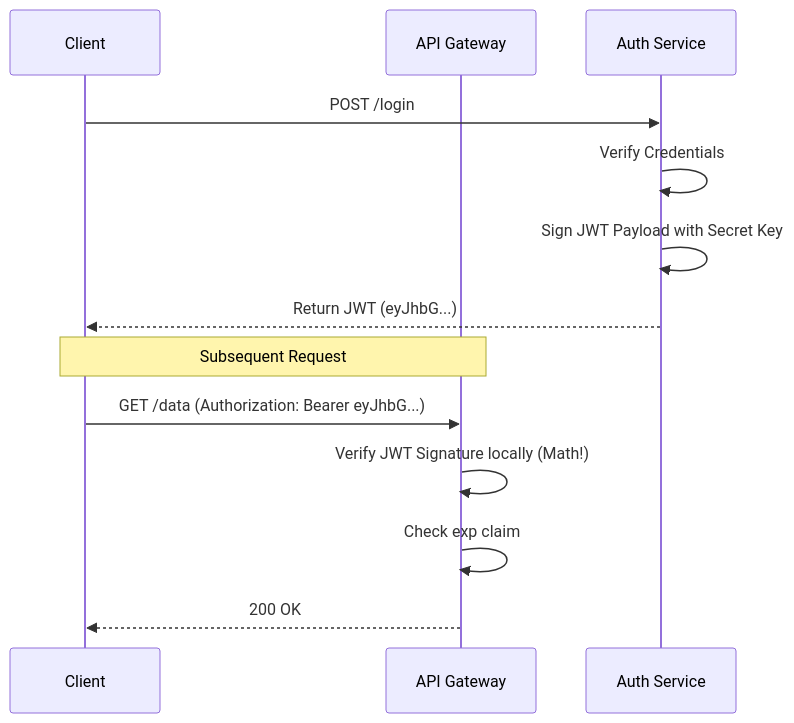
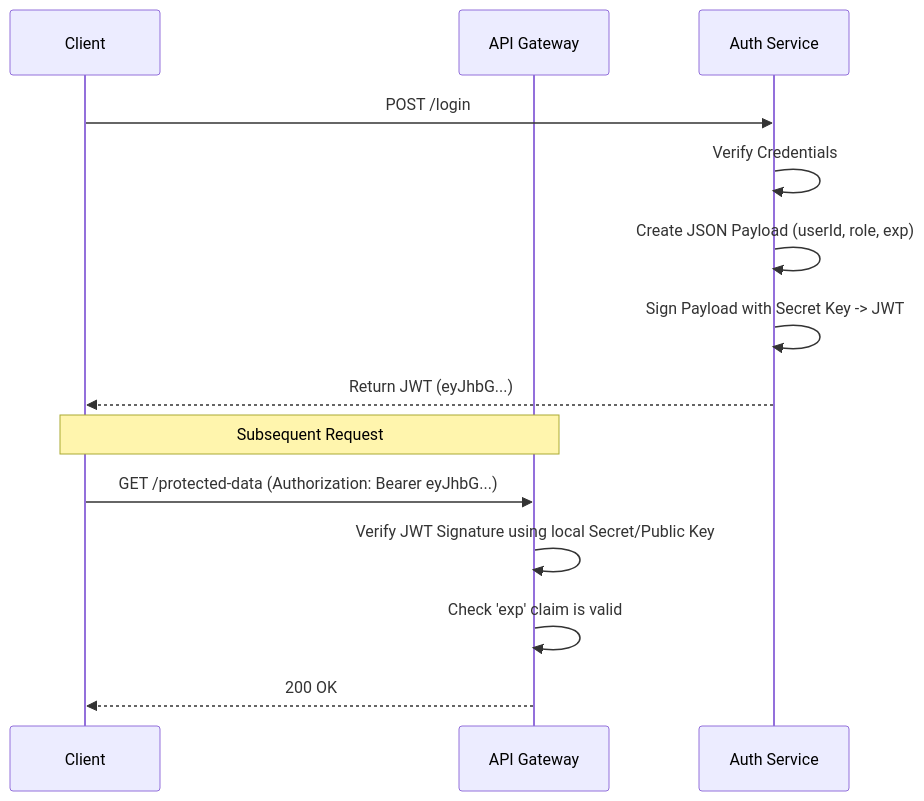
One commit to Enggvault/Full-stack changed the second of 6 diagrams in 09-authentication/notes.md. Above: the diagram before and after it, drawn with Mermaid. The commit also changed other lines of this file and 1 other file, not shown here.

````diff
--- a/09-authentication/notes.md
+++ b/09-authentication/notes.md
@@ -193,17 +231,18 @@
 ```mermaid
 sequenceDiagram
     participant Client
     participant API Gateway
     participant Auth Service
     
     Client->>Auth Service: POST /login
     Auth Service->>Auth Service: Verify Credentials
-    Auth Service->>Auth Service: Sign JWT Payload with Secret Key
+    Auth Service->>Auth Service: Create JSON Payload (userId, role, exp)
+    Auth Service->>Auth Service: Sign Payload with Secret Key -> JWT
     Auth Service-->>Client: Return JWT (eyJhbG...)
     
     Note over Client,API Gateway: Subsequent Request
-    Client->>API Gateway: GET /data (Authorization: Bearer eyJhbG...)
-    API Gateway->>API Gateway: Verify JWT Signature locally (Math!)
-    API Gateway->>API Gateway: Check exp claim
+    Client->>API Gateway: GET /protected-data (Authorization: Bearer eyJhbG...)
+    API Gateway->>API Gateway: Verify JWT Signature using local Secret/Public Key
+    API Gateway->>API Gateway: Check 'exp' claim is valid
     API Gateway-->>Client: 200 OK
 ```
````
